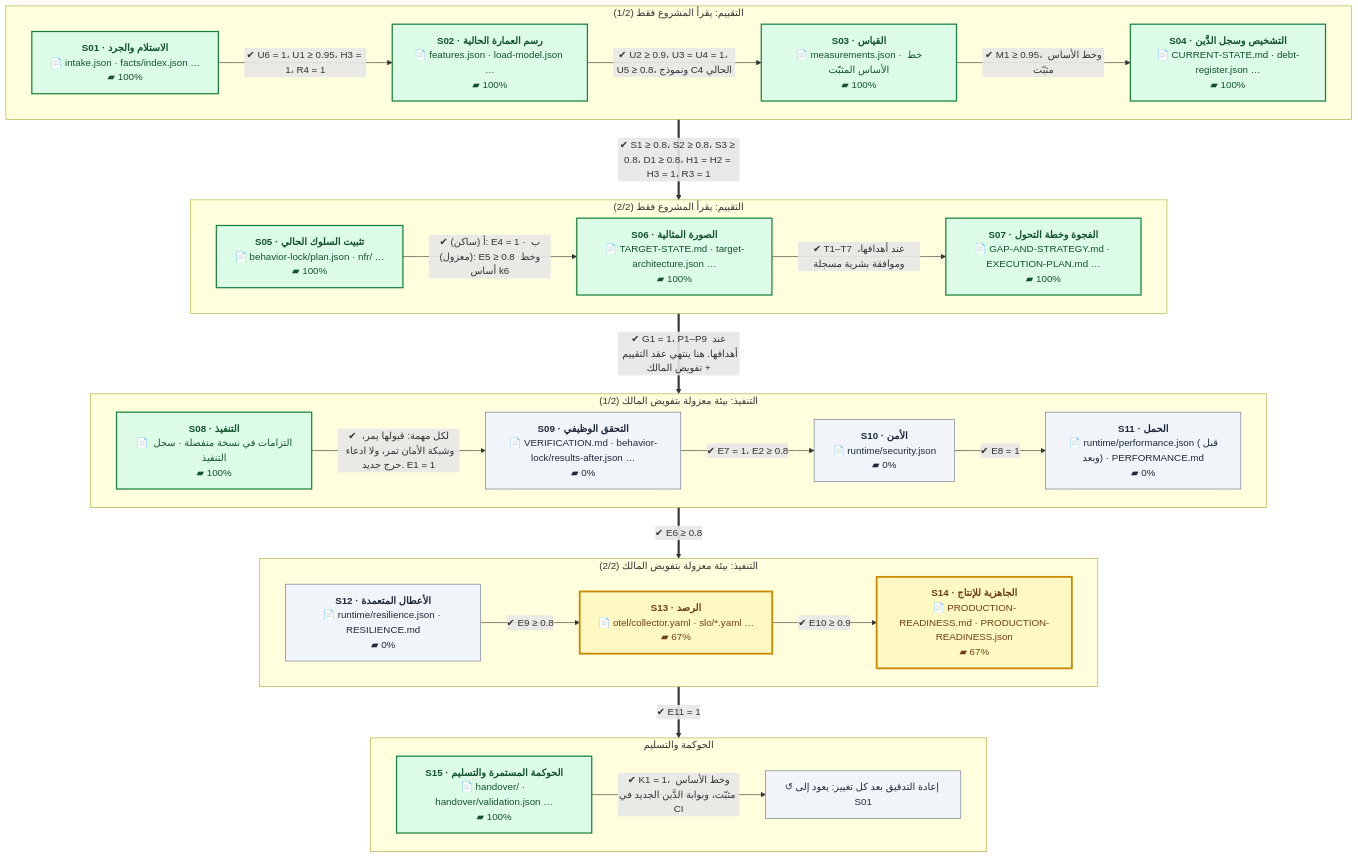
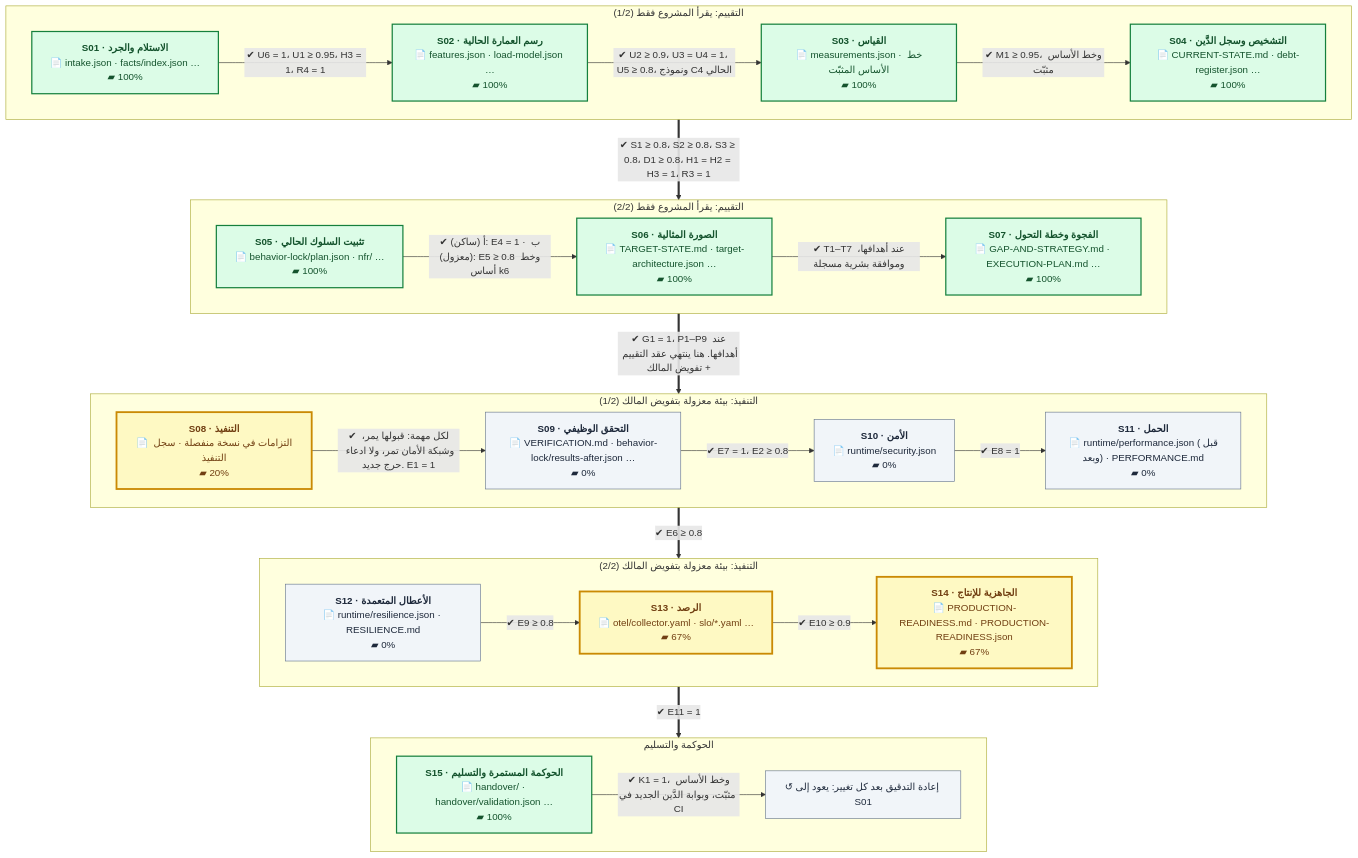
One commit to eom1417/engineering-audit-os changed the first of 2 diagrams in README.md. Above: the diagram before and after it, drawn with Mermaid. The commit also changed other lines of this file and 4 other files, not shown here.

````diff
--- a/README.md
+++ b/README.md
@@ -52,54 +52,54 @@
 ```mermaid
 %%{init: {'flowchart': {'wrappingWidth': 260, 'nodeSpacing': 40, 'rankSpacing': 60}}}%%
 flowchart TB
     subgraph P1["التقييم: يقرأ المشروع فقط (1/2)"]
         direction LR
         S01["<b>S01 · الاستلام والجرد</b><br/>📄 intake.json · facts/index.json …<br/>▰ 100%"]:::done
         S02["<b>S02 · رسم العمارة الحالية</b><br/>📄 features.json · load-model.json …<br/>▰ 100%"]:::done
         S03["<b>S03 · القياس</b><br/>📄 measurements.json · خط الأساس المثبّت<br/>▰ 100%"]:::done
         S04["<b>S04 · التشخيص وسجل الدَّين</b><br/>📄 CURRENT-STATE.md · debt-register.json …<br/>▰ 100%"]:::done
         S01 -->|"✔ U6 = 1، U1 ≥ 0.95، H3 = 1، R4 = 1"| S02
         S02 -->|"✔ U2 ≥ 0.9، U3 = U4 = 1، U5 ≥ 0.8، ونموذج C4 الحالي"| S03
         S03 -->|"✔ M1 ≥ 0.95، وخط الأساس مثبّت"| S04
     end
     subgraph P2["التقييم: يقرأ المشروع فقط (2/2)"]
         direction LR
         S05["<b>S05 · تثبيت السلوك الحالي</b><br/>📄 behavior-lock/plan.json · nfr/ …<br/>▰ 100%"]:::done
         S06["<b>S06 · الصورة المثالية</b><br/>📄 TARGET-STATE.md · target-architecture.json …<br/>▰ 100%"]:::done
         S07["<b>S07 · الفجوة وخطة التحول</b><br/>📄 GAP-AND-STRATEGY.md · EXECUTION-PLAN.md …<br/>▰ 100%"]:::done
         S05 -->|"✔ أ (ساكن): E4 = 1 · ب (معزول): E5 ≥ 0.8 وخط أساس k6"| S06
         S06 -->|"✔ T1–T7 عند أهدافها، وموافقة بشرية مسجلة"| S07
     end
     subgraph P3["التنفيذ: بيئة معزولة بتفويض المالك (1/2)"]
         direction LR
-        S08["<b>S08 · التنفيذ</b><br/>📄 التزامات في نسخة منفصلة · سجل التنفيذ<br/>▰ 100%"]:::done
+        S08["<b>S08 · التنفيذ</b><br/>📄 التزامات في نسخة منفصلة · سجل التنفيذ<br/>▰ 20%"]:::current
         S09["<b>S09 · التحقق الوظيفي</b><br/>📄 VERIFICATION.md · behavior-lock/results-after.json …<br/>▰ 0%"]:::next
         S10["<b>S10 · الأمن</b><br/>📄 runtime/security.json<br/>▰ 0%"]:::next
         S11["<b>S11 · الحمل</b><br/>📄 runtime/performance.json (قبل وبعد) · PERFORMANCE.md<br/>▰ 0%"]:::next
         S08 -->|"✔ لكل مهمة: قبولها يمر، وشبكة الأمان تمر، ولا ادعاء حرج جديد. E1 = 1"| S09
         S09 -->|"✔ E7 = 1، E2 ≥ 0.8"| S10
         S10 -->|"✔ E8 = 1"| S11
     end
     subgraph P4["التنفيذ: بيئة معزولة بتفويض المالك (2/2)"]
         direction LR
         S12["<b>S12 · الأعطال المتعمدة</b><br/>📄 runtime/resilience.json · RESILIENCE.md<br/>▰ 0%"]:::next
         S13["<b>S13 · الرصد</b><br/>📄 otel/collector.yaml · slo/*.yaml …<br/>▰ 67%"]:::current
         S14["<b>S14 · الجاهزية للإنتاج</b><br/>📄 PRODUCTION-READINESS.md · PRODUCTION-READINESS.json<br/>▰ 67%"]:::current
         S12 -->|"✔ E9 ≥ 0.8"| S13
         S13 -->|"✔ E10 ≥ 0.9"| S14
     end
     subgraph P5["الحوكمة والتسليم"]
         direction LR
         S15["<b>S15 · الحوكمة المستمرة والتسليم</b><br/>📄 handover/ · handover/validation.json …<br/>▰ 100%"]:::done
         LOOP["↺ إعادة التدقيق بعد كل تغيير: يعود إلى S01"]:::next
         S15 -->|"✔ K1 = 1، وخط الأساس مثبّت، وبوابة الدَّين الجديد في CI"| LOOP
     end
     P1 ==>|"✔ S1 ≥ 0.8، S2 ≥ 0.8، S3 ≥ 0.8، D1 ≥ 0.8، H1 = H2 = H3 = 1، R3 = 1"| P2
     P2 ==>|"✔ G1 = 1، P1–P9 عند أهدافها. هنا ينتهي عقد التقييم + تفويض المالك"| P3
     P3 ==>|"✔ E6 ≥ 0.8"| P4
     P4 ==>|"✔ E11 = 1"| P5
     classDef done fill:#dcfce7,stroke:#15803d,color:#14532d,stroke-width:2px
     classDef current fill:#fef9c3,stroke:#ca8a04,color:#713f12,stroke-width:3px
     classDef next fill:#f1f5f9,stroke:#64748b,color:#1e293b
     classDef owner fill:#fee2e2,stroke:#b91c1c,color:#7f1d1d,stroke-dasharray:5 3
 ```
````
